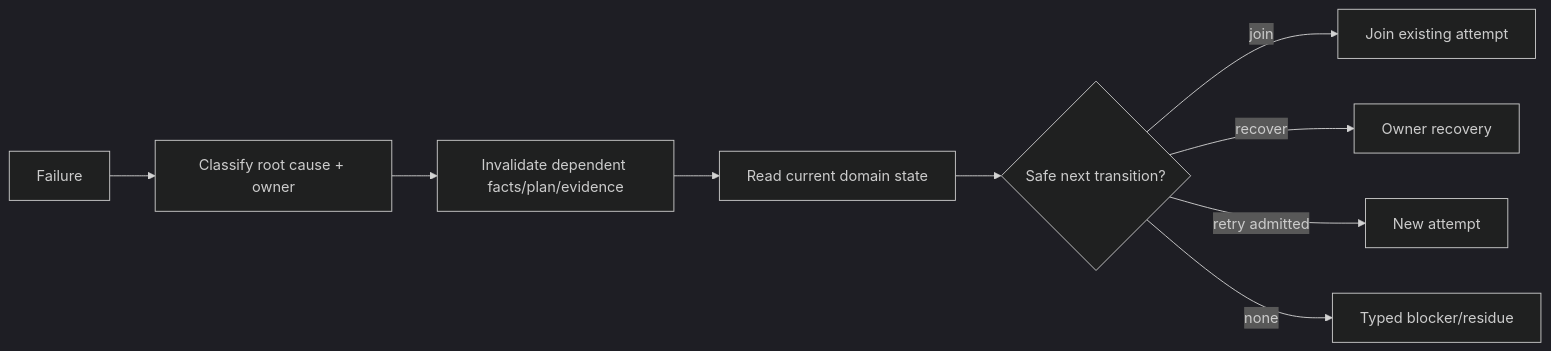
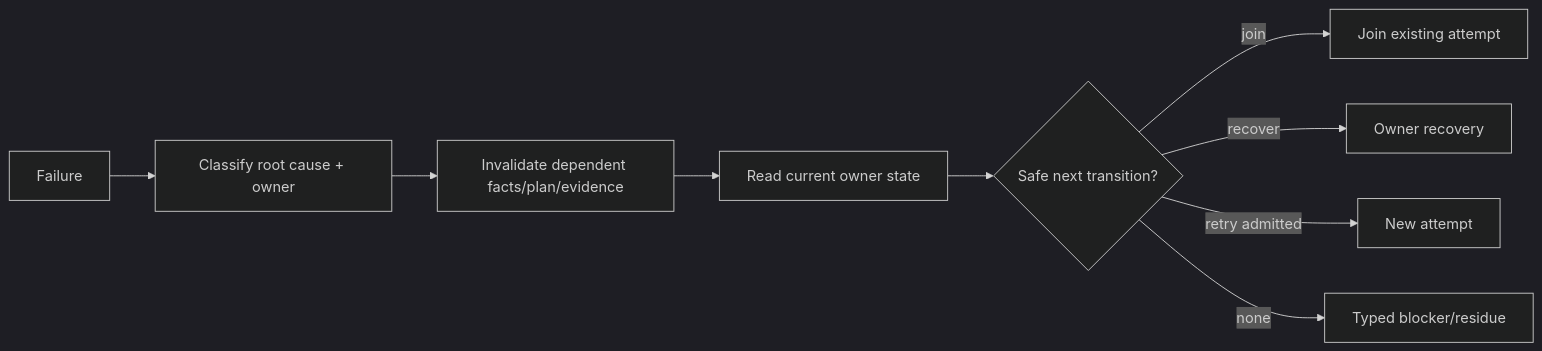
The third of 3 diagrams in docs/agent-constitution/execution-and-recovery.md (sec-platform/sec), drawn with Mermaid (dark theme) before and after one commit. The commit also changed other lines of this file, not shown here.

Commit message:
docs: make delegation modes the sole delegation owner

````diff
--- a/docs/agent-constitution/execution-and-recovery.md
+++ b/docs/agent-constitution/execution-and-recovery.md
@@ -116,11 +106,11 @@
 ```mermaid
 flowchart LR
   F[Failure] --> C[Classify root cause + owner]
   C --> S[Invalidate dependent facts/plan/evidence]
-  S --> R[Read current domain state]
+  S --> R[Read current owner state]
   R --> D{Safe next transition?}
   D -->|join| J[Join existing attempt]
   D -->|recover| K[Owner recovery]
   D -->|retry admitted| T[New attempt]
   D -->|none| B[Typed blocker/residue]
 ```
````
